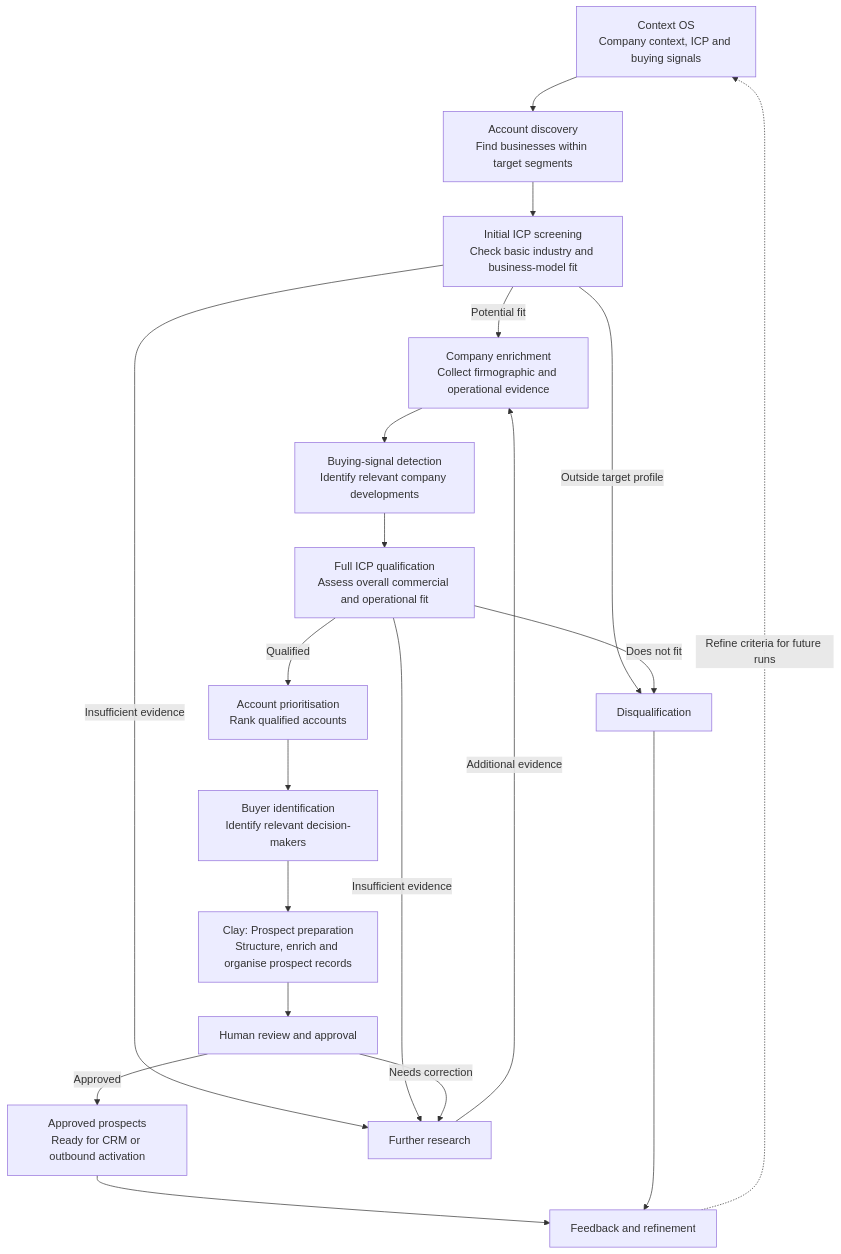
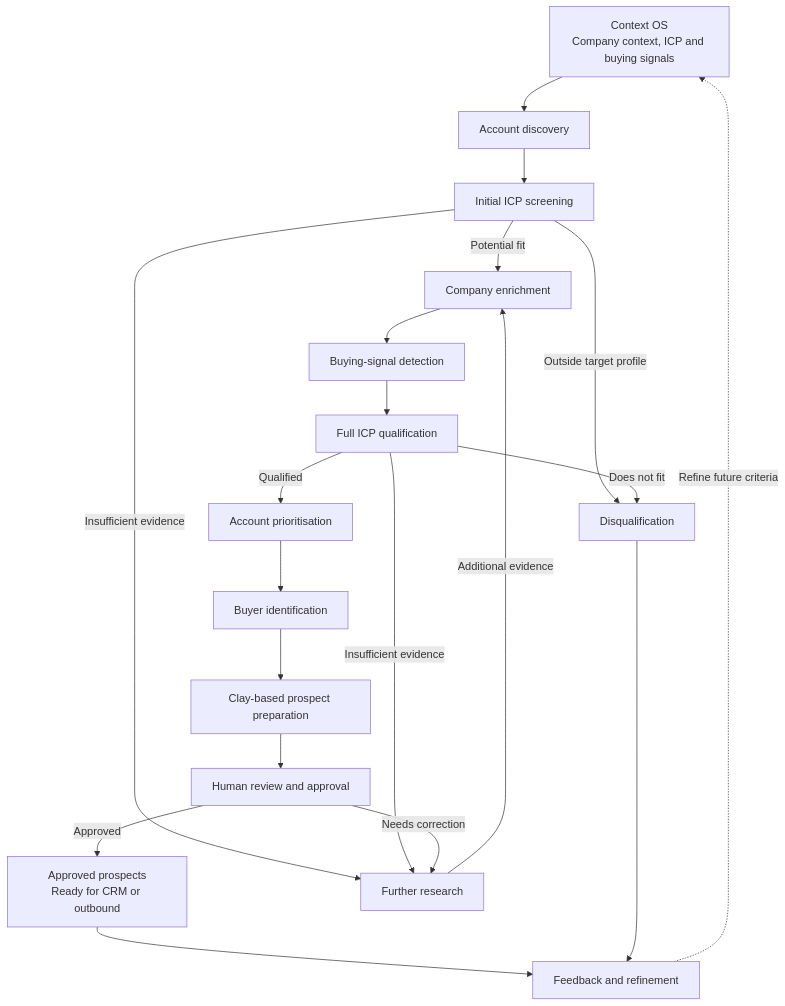
Before and after one commit to Hinazom/moniepoint-gtm-systems-os: the diagram in architecture.md, drawn with Mermaid. The commit also changed other lines of this file, not shown here.

Commit message:
Refine GTM systems architecture

````diff
--- a/architecture.md
+++ b/architecture.md
@@ -41,47 +37,43 @@
 ```mermaid
 flowchart TD
     A["Context OS<br/>Company context, ICP and buying signals"]
 
-    B["Account discovery<br/>Find businesses within target segments"]
-    C["Initial ICP screening<br/>Check basic industry and business-model fit"]
-    D["Company enrichment<br/>Collect firmographic and operational evidence"]
-    E["Buying-signal detection<br/>Identify relevant company developments"]
-    F["Full ICP qualification<br/>Assess overall commercial and operational fit"]
-    G["Account prioritisation<br/>Rank qualified accounts"]
-    H["Buyer identification<br/>Identify relevant decision-makers"]
-    I["Clay: Prospect preparation<br/>Structure, enrich and organise prospect records"]
+    B["Account discovery"]
+    C["Initial ICP screening"]
+    D["Company enrichment"]
+    E["Buying-signal detection"]
+    F["Full ICP qualification"]
+    G["Account prioritisation"]
+    H["Buyer identification"]
+    I["Clay-based prospect preparation"]
     J["Human review and approval"]
-    K["Approved prospects<br/>Ready for CRM or outbound activation"]
+    K["Approved prospects<br/>Ready for CRM or outbound"]
 
     L["Disqualification"]
     M["Further research"]
     N["Feedback and refinement"]
 
-    A --> B
-    B --> C
+    A --> B --> C
 
     C -->|Potential fit| D
     C -->|Outside target profile| L
     C -->|Insufficient evidence| M
 
-    D --> E
-    E --> F
+    D --> E --> F
 
     F -->|Qualified| G
     F -->|Does not fit| L
     F -->|Insufficient evidence| M
 
-    G --> H
-    H --> I
-    I --> J
+    G --> H --> I --> J
 
     J -->|Approved| K
     J -->|Needs correction| M
 
     M -->|Additional evidence| D
 
     K --> N
     L --> N
 
-    N -.->|Refine criteria for future runs| A
+    N -.->|Refine future criteria| A
 ```
````
